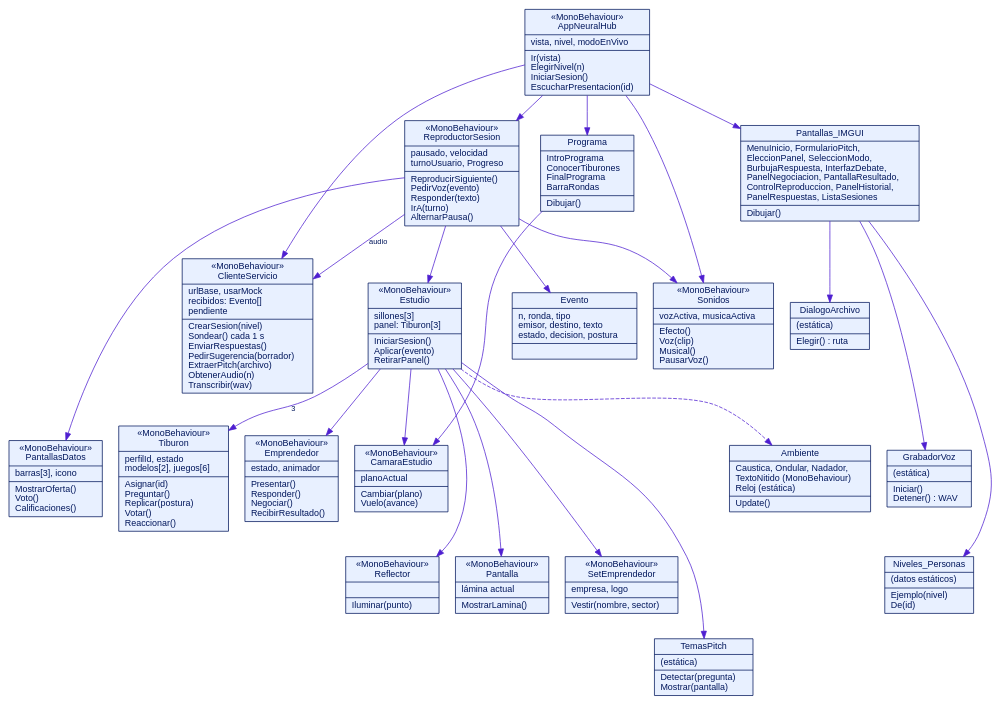
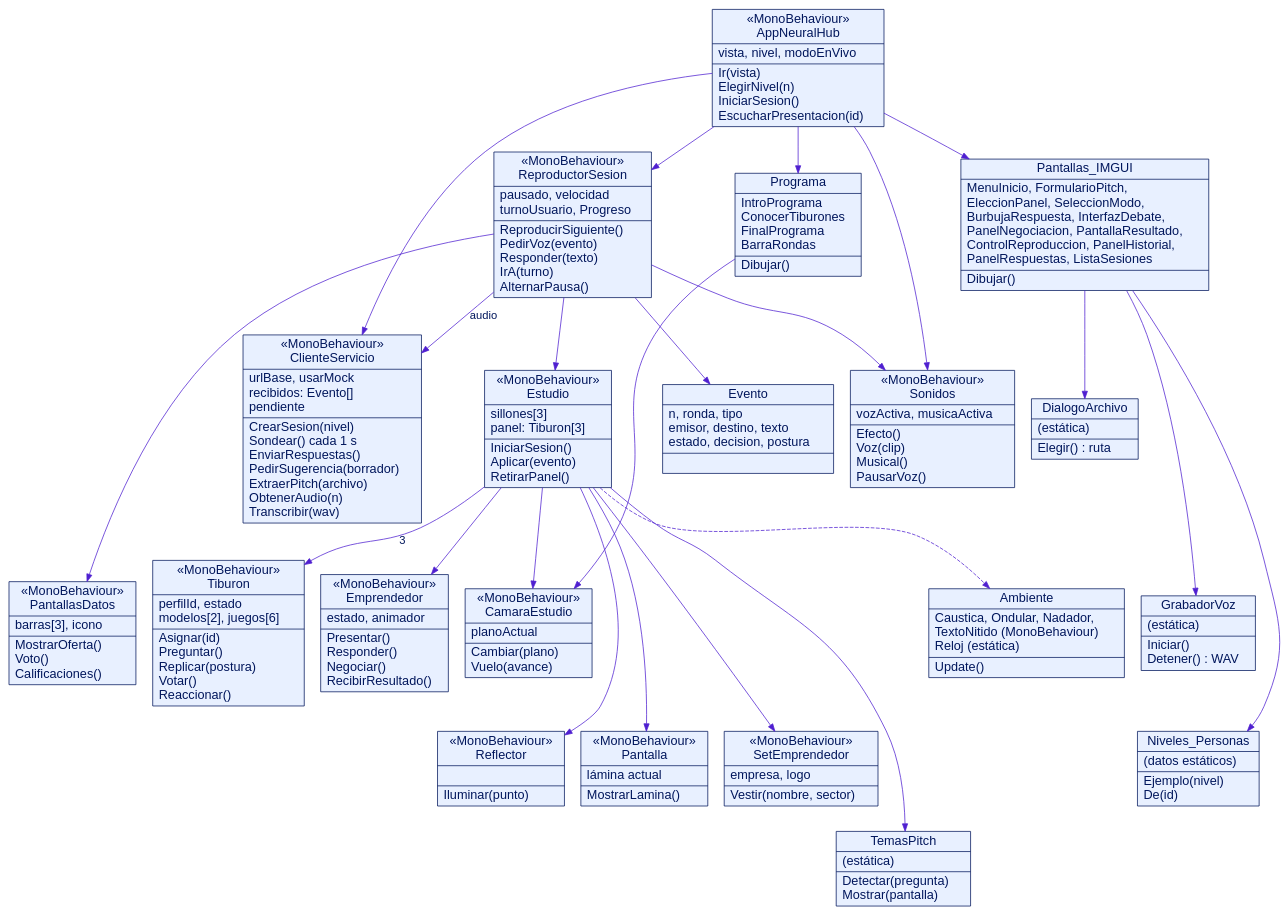
Before and after one commit to albertolopezb/NeuralHub: the diagram in docs/figuras/f05b_clases_unity.dot, drawn with Graphviz. The commit also changed 16 other files, not shown here.

Commit message:
Entorno dinámico mejor argumentado, valuación conservada por trato, diagramas más legibles e imágenes de componentes

```diff
--- a/docs/figuras/f05b_clases_unity.dot
+++ b/docs/figuras/f05b_clases_unity.dot
@@ -1,28 +1,28 @@
-digraph G{ bgcolor=white; fontname="Helvetica"; node[fontname="Helvetica",fontsize=12,color="#00165C",fontcolor="#00165C",shape=record,style=filled]; edge[fontname="Helvetica",fontsize=10,color="#4F1FD0",fontcolor="#00165C"]; rankdir=TB; nodesep=.3; ranksep=.45;
+digraph G{ bgcolor=white; fontname="Helvetica"; node[fontname="Helvetica",fontsize=17,color="#00165C",fontcolor="#00165C",shape=record,style=filled]; edge[fontname="Helvetica",fontsize=15,color="#4F1FD0",fontcolor="#00165C"]; rankdir=TB; nodesep=.3; ranksep=.45;
 AppNeuralHub[fillcolor="#E8F0FF",label="{«MonoBehaviour»\nAppNeuralHub|vista, nivel, modoEnVivo\l|Ir(vista)\lElegirNivel(n)\lIniciarSesion()\lEscucharPresentacion(id)\l}"];
 ClienteServicio[fillcolor="#E8F0FF",label="{«MonoBehaviour»\nClienteServicio|urlBase, usarMock\lrecibidos: Evento[]\lpendiente\l|CrearSesion(nivel)\lSondear() cada 1 s\lEnviarRespuestas()\lPedirSugerencia(borrador)\lExtraerPitch(archivo)\lObtenerAudio(n)\lTranscribir(wav)\l}"];
 ReproductorSesion[fillcolor="#E8F0FF",label="{«MonoBehaviour»\nReproductorSesion|pausado, velocidad\lturnoUsuario, Progreso\l|ReproducirSiguiente()\lPedirVoz(evento)\lResponder(texto)\lIrA(turno)\lAlternarPausa()\l}"];
 Estudio[fillcolor="#E8F0FF",label="{«MonoBehaviour»\nEstudio|sillones[3]\lpanel: Tiburon[3]\l|IniciarSesion()\lAplicar(evento)\lRetirarPanel()\l}"];
 Tiburon[fillcolor="#E8F0FF",label="{«MonoBehaviour»\nTiburon|perfilId, estado\lmodelos[2], juegos[6]\l|Asignar(id)\lPreguntar()\lReplicar(postura)\lVotar()\lReaccionar()\l}"];
 Emprendedor[fillcolor="#E8F0FF",label="{«MonoBehaviour»\nEmprendedor|estado, animador\l|Presentar()\lResponder()\lNegociar()\lRecibirResultado()\l}"];
 CamaraEstudio[fillcolor="#E8F0FF",label="{«MonoBehaviour»\nCamaraEstudio|planoActual\l|Cambiar(plano)\lVuelo(avance)\l}"];
 Reflector[fillcolor="#E8F0FF",label="{«MonoBehaviour»\nReflector||Iluminar(punto)\l}"];
 Pantalla[fillcolor="#E8F0FF",label="{«MonoBehaviour»\nPantalla|lámina actual\l|MostrarLamina()\l}"];
 PantallasDatos[fillcolor="#E8F0FF",label="{«MonoBehaviour»\nPantallasDatos|barras[3], icono\l|MostrarOferta()\lVoto()\lCalificaciones()\l}"];
 SetEmprendedor[fillcolor="#E8F0FF",label="{«MonoBehaviour»\nSetEmprendedor|empresa, logo\l|Vestir(nombre, sector)\l}"];
 Sonidos[fillcolor="#E8F0FF",label="{«MonoBehaviour»\nSonidos|vozActiva, musicaActiva\l|Efecto()\lVoz(clip)\lMusical()\lPausarVoz()\l}"];
 TemasPitch[fillcolor="#E8F0FF",label="{TemasPitch|(estática)\l|Detectar(pregunta)\lMostrar(pantalla)\l}"];
 Niveles_Personas[fillcolor="#E8F0FF",label="{Niveles_Personas|(datos estáticos)\l|Ejemplo(nivel)\lDe(id)\l}"];
 DialogoArchivo[fillcolor="#E8F0FF",label="{DialogoArchivo|(estática)\l|Elegir() : ruta\l}"];
 GrabadorVoz[fillcolor="#E8F0FF",label="{GrabadorVoz|(estática)\l|Iniciar()\lDetener() : WAV\l}"];
 Evento[fillcolor="#E8F0FF",label="{Evento|n, ronda, tipo\lemisor, destino, texto\lestado, decision, postura\l|}"];
 Programa[fillcolor="#E8F0FF",label="{Programa|IntroPrograma\lConocerTiburones\lFinalPrograma\lBarraRondas\l|Dibujar()\l}"];
 Ambiente[fillcolor="#E8F0FF",label="{Ambiente|Caustica, Ondular, Nadador,\lTextoNitido (MonoBehaviour)\lReloj (estática)\l|Update()\l}"];
 Pantallas_IMGUI[fillcolor="#E8F0FF",label="{Pantallas_IMGUI|MenuInicio, FormularioPitch,\lEleccionPanel, SeleccionModo,\lBurbujaRespuesta, InterfazDebate,\lPanelNegociacion, PantallaResultado,\lControlReproduccion, PanelHistorial,\lPanelRespuestas, ListaSesiones\l|Dibujar()\l}"];
 AppNeuralHub->ClienteServicio; AppNeuralHub->ReproductorSesion; AppNeuralHub->Pantallas_IMGUI; AppNeuralHub->Programa; AppNeuralHub->Sonidos;
 ReproductorSesion->Estudio; ReproductorSesion->PantallasDatos; ReproductorSesion->Sonidos; ReproductorSesion->Evento; ReproductorSesion->ClienteServicio[label="audio"];
 Estudio->Ambiente[style=dashed];
 Estudio->Tiburon[label="3"]; Estudio->Emprendedor; Estudio->CamaraEstudio; Estudio->Reflector[minlen=2]; Estudio->Pantalla[minlen=2]; Estudio->SetEmprendedor[minlen=2]; Estudio->TemasPitch[minlen=3];
 Pantallas_IMGUI->DialogoArchivo; ClienteServicio->PantallasDatos[style=invis]; Evento->GrabadorVoz[style=invis]; GrabadorVoz->Niveles_Personas[style=invis];
 Pantallas_IMGUI->GrabadorVoz; Pantallas_IMGUI->Niveles_Personas[constraint=false]; Programa->CamaraEstudio[constraint=false];
 }
```
